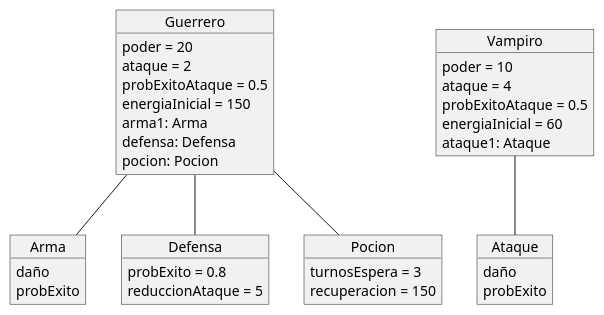
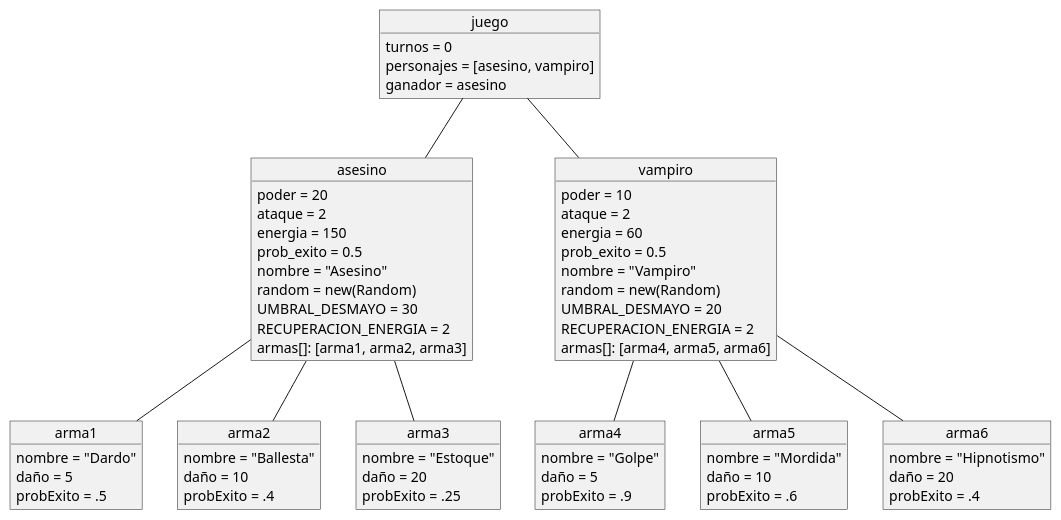
Before and after one commit to mmasias/23-24-IdSw2-SDD: the diagram in modelosUML/diagramaObjetos.puml, drawn with PlantUML. The commit also changed 2 other files, not shown here.

Commit message:
Ajustes diagrama clases

```diff
--- a/modelosUML/diagramaObjetos.puml
+++ b/modelosUML/diagramaObjetos.puml
@@ -1,46 +1,79 @@
 @startuml
 
-object Guerrero {
+object juego {
+  turnos = 0
+  personajes = [asesino, vampiro]
+  ganador = asesino
+}
+
+object asesino {
   poder = 20
   ataque = 2
-  probExitoAtaque = 0.5
-  energiaInicial = 150
-  arma1: Arma
-  defensa: Defensa
-  pocion: Pocion
+  energia = 150 
+  prob_exito = 0.5
+  nombre = "Asesino"
+  random = new(Random)
+  UMBRAL_DESMAYO = 30
+  RECUPERACION_ENERGIA = 2
+  armas[]: [arma1, arma2, arma3]
 }
 
-object Vampiro {
+object vampiro {
   poder = 10
-  ataque = 4
-  probExitoAtaque = 0.5
-  energiaInicial = 60
-  ataque1: Ataque
+  ataque = 2
+  energia = 60  
+  prob_exito = 0.5
+  nombre = "Vampiro"
+  random = new(Random)
+  UMBRAL_DESMAYO = 20
+  RECUPERACION_ENERGIA = 2
+  armas[]: [arma4, arma5, arma6]
 }
 
-object Arma {
-  daño
-  probExito
+object arma1 {
+  nombre = "Dardo"
+  daño = 5
+  probExito = .5
 }
 
-object Defensa {
-  probExito = 0.8
-  reduccionAtaque = 5
+object arma2 {
+  nombre = "Ballesta"
+  daño = 10
+  probExito = .4
 }
 
-object Pocion {
-  turnosEspera = 3
-  recuperacion = 150
+object arma3 {
+  nombre = "Estoque"
+  daño = 20
+  probExito = .25
 }
 
-object Ataque {
-  daño
-  probExito
+object arma4 {
+  nombre = "Golpe"
+  daño = 5
+  probExito = .9
 }
 
-Guerrero -- Arma
-Guerrero -- Defensa
-Guerrero -- Pocion
+object arma5 {
+  nombre = "Mordida"
+  daño = 10
+  probExito = .6
+}
 
-Vampiro -- Ataque
+object arma6 {
+  nombre = "Hipnotismo"
+  daño = 20
+  probExito = .4
+}
+
+juego -- asesino
+
+juego -- vampiro
+asesino -- arma1
+asesino -- arma2
+asesino -- arma3
+
+vampiro -- arma4
+vampiro -- arma5
+vampiro -- arma6
 @enduml
```
